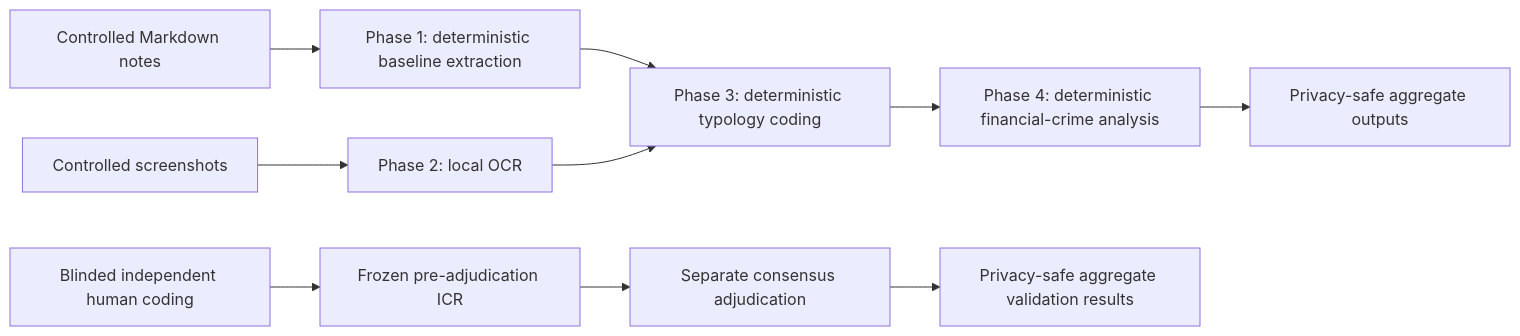
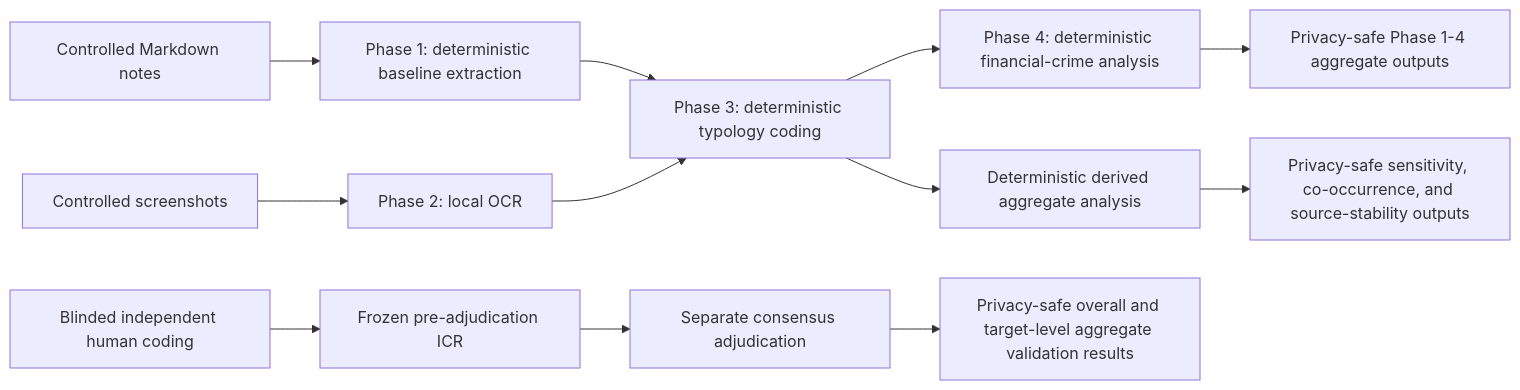
The diagram in docs/ANALYSIS_PIPELINE_DIAGRAM.md (milind92/Bankdrop-Financial-Crime-Paper-1), drawn with Mermaid before and after one commit. The commit also changed other lines of this file and 38 other files, not shown here.

Commit message:
Add derived analyses and target-level ICR reporting

````diff
--- a/docs/ANALYSIS_PIPELINE_DIAGRAM.md
+++ b/docs/ANALYSIS_PIPELINE_DIAGRAM.md
@@ -3,12 +3,14 @@
 ```mermaid
 flowchart LR
     A["Controlled Markdown notes"] --> B["Phase 1: deterministic baseline extraction"]
     C["Controlled screenshots"] --> D["Phase 2: local OCR"]
     B --> E["Phase 3: deterministic typology coding"]
     D --> E
     E --> F["Phase 4: deterministic financial-crime analysis"]
-    F --> G["Privacy-safe aggregate outputs"]
+    E --> L["Deterministic derived aggregate analysis"]
+    F --> G["Privacy-safe Phase 1-4 aggregate outputs"]
+    L --> M["Privacy-safe sensitivity, co-occurrence, and source-stability outputs"]
     H["Blinded independent human coding"] --> I["Frozen pre-adjudication ICR"]
     I --> J["Separate consensus adjudication"]
-    J --> K["Privacy-safe aggregate validation results"]
+    J --> K["Privacy-safe overall and target-level aggregate validation results"]
 ```
````
